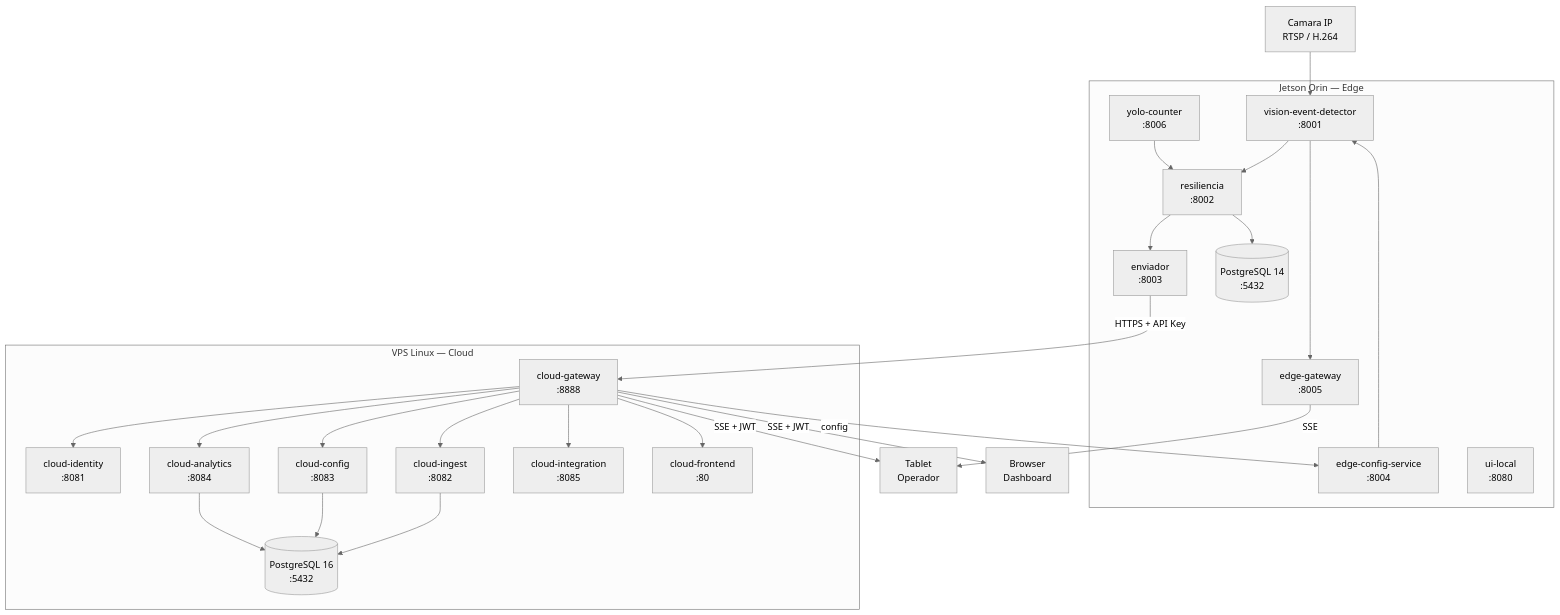
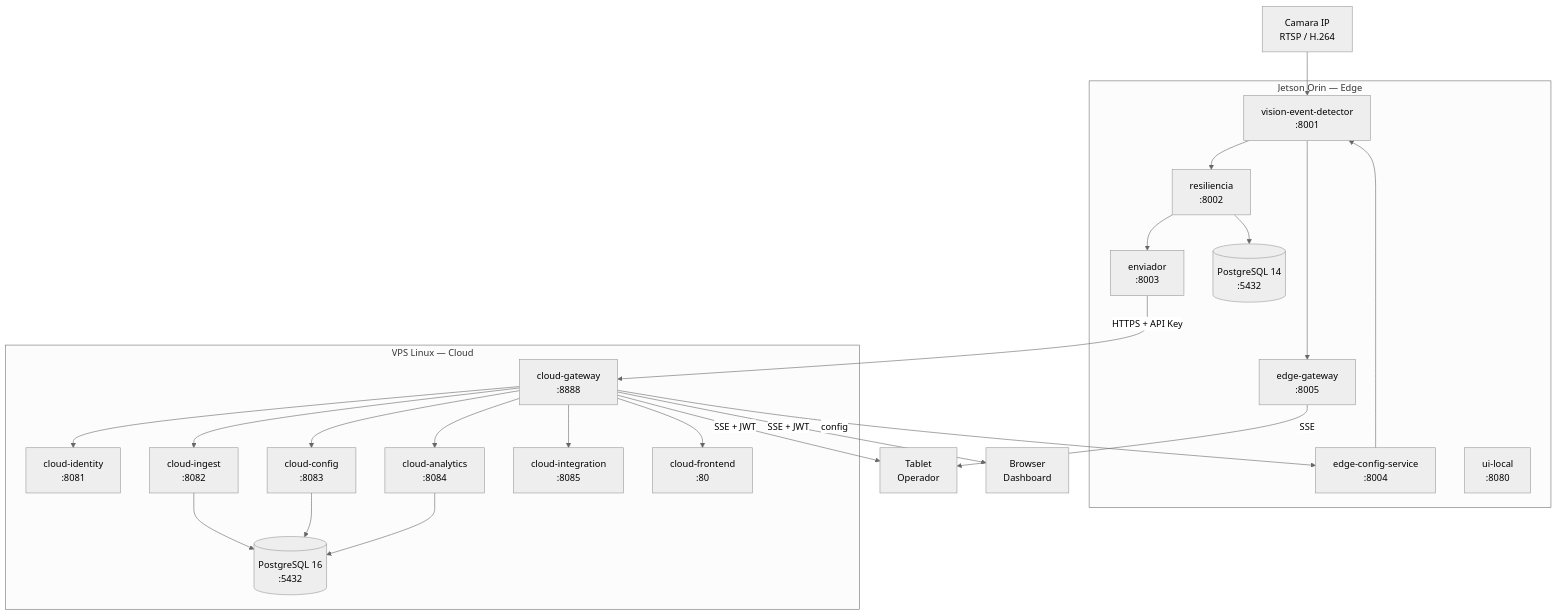
One commit to HeidiCordova/Mentor-Textil changed the diagram in docs/auditoria/DOC_00_INFORME_EJECUTIVO.md. Above: the diagram before and after it, drawn with Mermaid (neutral theme). The commit also changed other lines of this file and 227 other files, not shown here.

````diff
--- a/docs/auditoria/DOC_00_INFORME_EJECUTIVO.md
+++ b/docs/auditoria/DOC_00_INFORME_EJECUTIVO.md
@@ -93,42 +93,40 @@
 ```mermaid
 graph TD
     CAM["Camara IP\nRTSP / H.264"] --> VED
 
     subgraph EDGE ["Jetson Orin — Edge"]
         VED["vision-event-detector\n:8001"]
         RES["resiliencia\n:8002"]
         ENV["enviador\n:8003"]
         ECS["edge-config-service\n:8004"]
         EGW["edge-gateway\n:8005"]
-        YOL["yolo-counter\n:8006"]
         UIL["ui-local\n:8080"]
         PGE[("PostgreSQL 14\n:5432")]
         VED --> RES
         RES --> PGE
         RES --> ENV
         VED --> EGW
         ECS --> VED
-        YOL --> RES
     end
 
     subgraph CLOUD ["VPS Linux — Cloud"]
         CGW["cloud-gateway\n:8888"]
         ID["cloud-identity\n:8081"]
         ING["cloud-ingest\n:8082"]
         CFG["cloud-config\n:8083"]
         ANA["cloud-analytics\n:8084"]
         INT["cloud-integration\n:8085"]
         FE["cloud-frontend\n:80"]
         PGC[("PostgreSQL 16\n:5432")]
         CGW --> ID & ING & CFG & ANA & INT & FE
         ING --> PGC
         CFG --> PGC
         ANA --> PGC
     end
 
     ENV -->|"HTTPS + API Key"| CGW
     CGW -->|"config"| ECS
     EGW -->|"SSE"| TAB["Tablet\nOperador"]
     CGW -->|"SSE + JWT"| TAB
     CGW -->|"SSE + JWT"| BR["Browser\nDashboard"]
 ```
````
